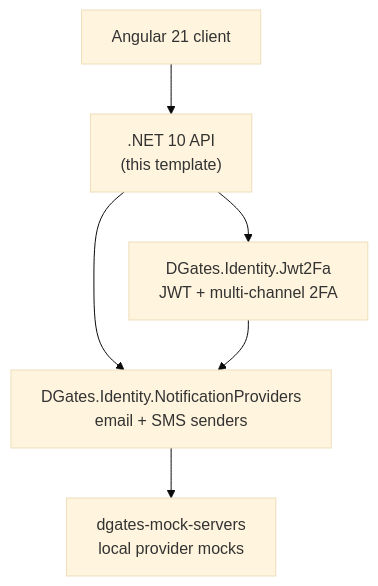
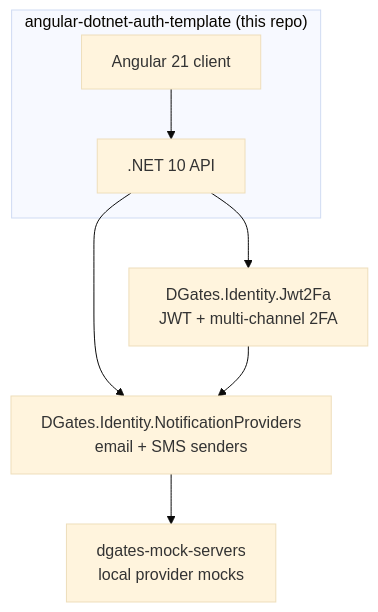
The diagram in README.md (dgates82/angular-dotnet-auth-template), drawn with Mermaid (base theme) before and after one commit.

Commit message:
docs: group the template's own components in the ecosystem diagram
Wraps the Angular client and .NET API in a labeled subgraph so the
diagram visually separates this repo from the extracted packages it
depends on.

````diff
--- a/README.md
+++ b/README.md
@@ -61,8 +61,10 @@
 ```mermaid
 flowchart TD
-  client["Angular 21 client"] --> api[".NET 10 API<br/>(this template)"]
+  subgraph tpl["angular-dotnet-auth-template (this repo)"]
+    client["Angular 21 client"] --> api[".NET 10 API"]
+  end
   api --> jwt["DGates.Identity.Jwt2Fa<br/>JWT + multi-channel 2FA"]
   api --> np["DGates.Identity.NotificationProviders<br/>email + SMS senders"]
   jwt --> np
   np --> mocks["dgates-mock-servers<br/>local provider mocks"]
 ```
````
